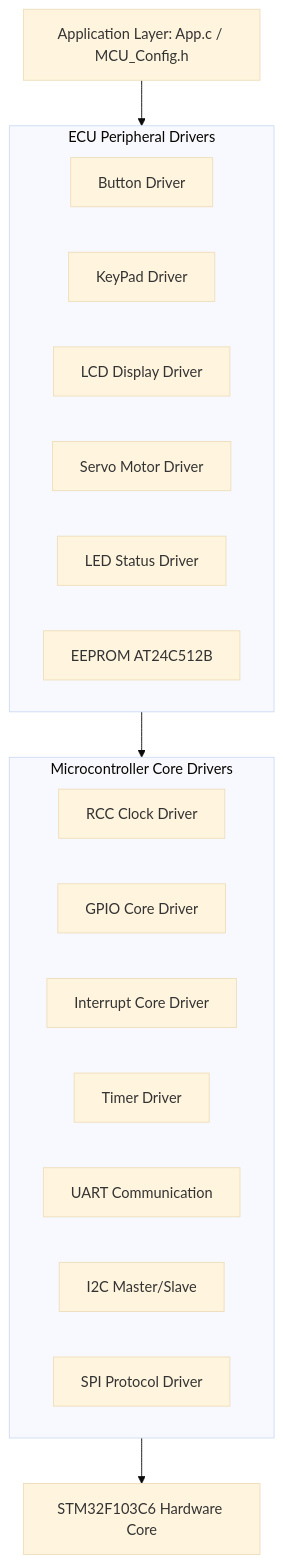
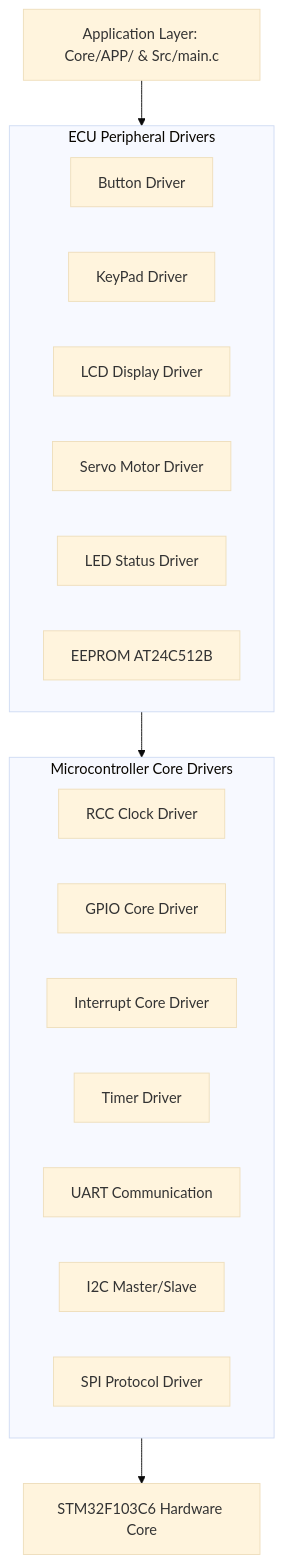
Before and after one commit to Mahmoud976/STM32-Smart-Car-Parking-System: the first of 2 diagrams in README.md, drawn with Mermaid (base theme). The commit also changed other lines of this file and 1 other file, not shown here.

````diff
--- a/README.md
+++ b/README.md
@@ -30,25 +30,25 @@
 ```mermaid
 graph TD
-    APP[Application Layer: App.c / MCU_Config.h] --> ECUAL[ECU Abstraction Layer]
+    APP[Application Layer: Core/APP/ & Src/main.c] --> ECUAL[ECU Abstraction Layer]
     ECUAL --> MCAL[Microcontroller Abstraction Layer]
     MCAL --> HW[STM32F103C6 Hardware Core]
 
     subgraph ECUAL [ECU Peripheral Drivers]
         BUTTON[Button Driver]
         KEYPAD[KeyPad Driver]
         LCD[LCD Display Driver]
         SERVO[Servo Motor Driver]
         LED[LED Status Driver]
         EEPROM[EEPROM AT24C512B]
     end
 
     subgraph MCAL [Microcontroller Core Drivers]
         RCC[RCC Clock Driver]
         GPIO[GPIO Core Driver]
         EXTI[Interrupt Core Driver]
         TIMER[Timer Driver]
         UART[UART Communication]
         I2C[I2C Master/Slave]
         SPI[SPI Protocol Driver]
     end
 ```
````
